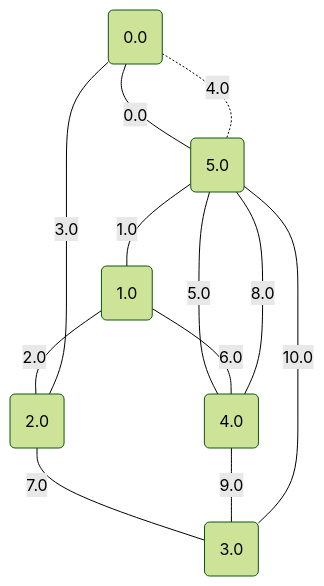
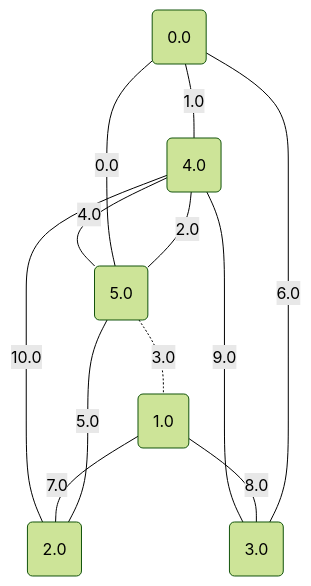
Before and after one commit to metury/graphs: the tenth of 17 diagrams in project/src/testing/showcase/minCutPetersen.md, drawn with Mermaid (forest theme). The commit also changed other lines of this file and 33 other files, not shown here.

````diff
--- a/project/src/testing/showcase/minCutPetersen.md
+++ b/project/src/testing/showcase/minCutPetersen.md
@@ -268,20 +268,20 @@
 ```mermaid
 graph TD;
 	0("0.0");
 	1("1.0");
 	2("2.0");
 	3("3.0");
 	4("4.0");
 	5("5.0");
-	0 -- "0.0" --- 5;
-	5 -- "1.0" --- 1;
-	1 -- "2.0" --- 2;
-	2 -- "3.0" --- 0;
-	0 -. "4.0" -.- 5;
-	5 -- "5.0" --- 4;
-	1 -- "6.0" --- 4;
-	2 -- "7.0" --- 3;
-	5 -- "8.0" --- 4;
+	5 -- "0.0" --- 0;
+	0 -- "1.0" --- 4;
+	4 -- "2.0" --- 5;
+	5 -. "3.0" -.- 1;
+	5 -- "4.0" --- 4;
+	5 -- "5.0" --- 2;
+	0 -- "6.0" --- 3;
+	1 -- "7.0" --- 2;
+	1 -- "8.0" --- 3;
 	4 -- "9.0" --- 3;
-	5 -- "10.0" --- 3;
+	2 -- "10.0" --- 4;
 ```
````
